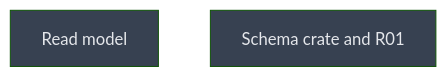
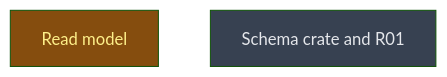
One commit to CrackingShells/cracking-shells-playbook changed the diagram in __roadmap__/m0b-domain-model-spec/read/README.md. Above: the diagram before and after it, drawn with Mermaid (forest theme). The commit also changed other lines of this file and 1 other file, not shown here.

Commit message:
chore(roadmap): close the m0b specification level and start the read model

````diff
--- a/__roadmap__/m0b-domain-model-spec/read/README.md
+++ b/__roadmap__/m0b-domain-model-spec/read/README.md
@@ -19,10 +19,10 @@
 ```mermaid
 graph TD
-    read_model[Read model]:::planned
+    read_model[Read model]:::inprogress
     crate[Schema crate and R01]:::planned
     classDef done       fill:#166534,color:#bbf7d0
     classDef inprogress fill:#854d0e,color:#fef08a
     classDef planned    fill:#374151,color:#e5e7eb
     classDef amendment  fill:#1e3a5f,color:#bfdbfe
     classDef blocked    fill:#7f1d1d,color:#fecaca
 ```
````
